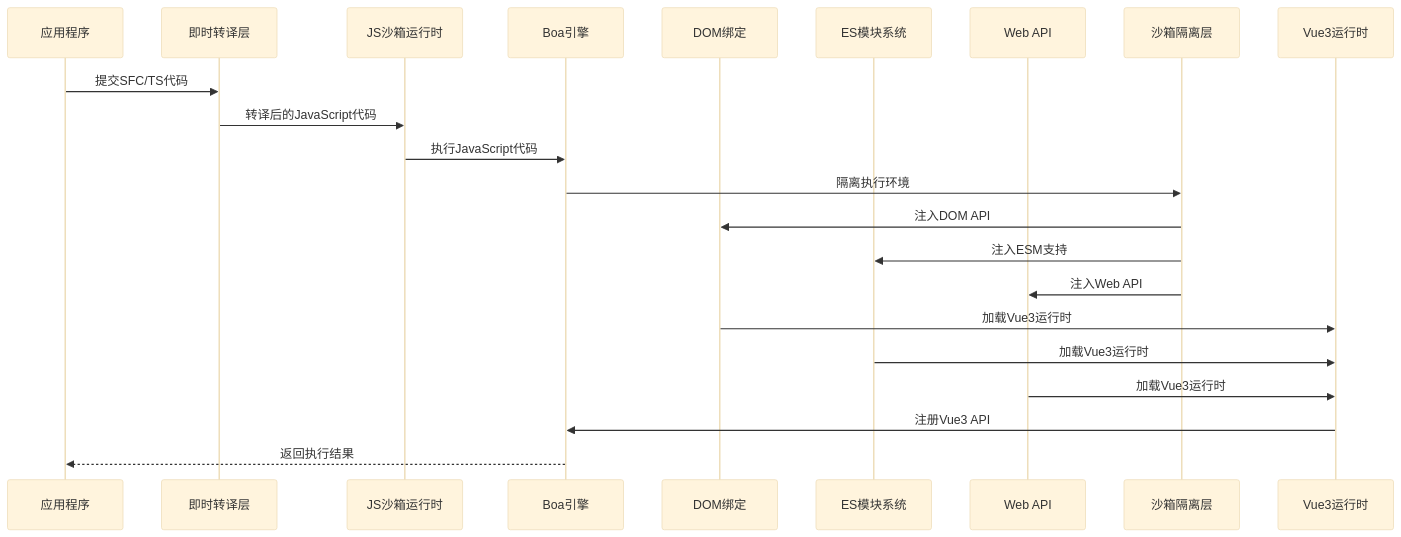
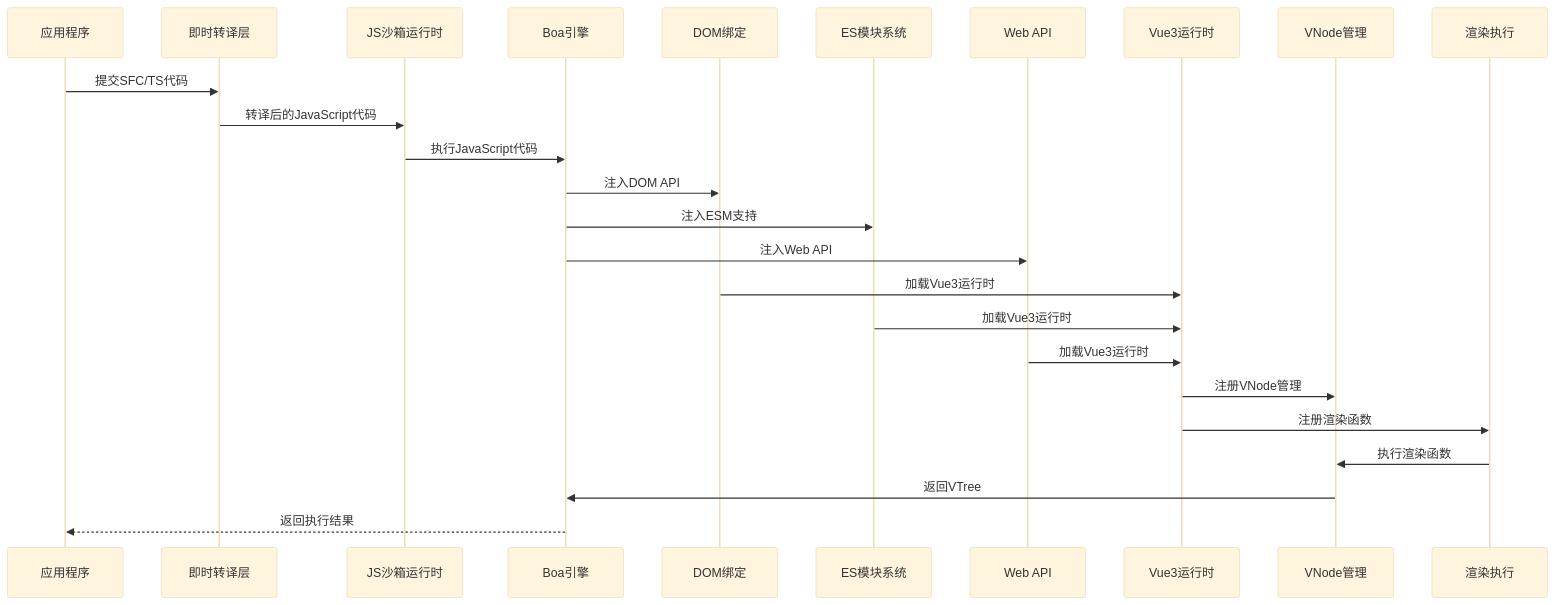
The second of 17 diagrams in .qoder/repowiki/zh/content/技术架构详解/JS沙箱运行时.md (itszzl-sudo/iris), drawn with Mermaid (base theme) before and after one commit. The commit also changed other lines of this file and 8 other files, not shown here.

````diff
--- a/.qoder/repowiki/zh/content/技术架构详解/JS沙箱运行时.md
+++ b/.qoder/repowiki/zh/content/技术架构详解/JS沙箱运行时.md
@@ -185,24 +217,27 @@
 ```mermaid
 sequenceDiagram
 participant App as 应用程序
 participant Transpiler as 即时转译层
 participant Sandbox as JS沙箱运行时
 participant Engine as Boa引擎
 participant DOM as DOM绑定
 participant ESM as ES模块系统
 participant WebAPI as Web API
-participant Isolation as 沙箱隔离层
 participant VueRuntime as Vue3运行时
+participant VNode as VNode管理
+participant Render as 渲染执行
 App->>Transpiler : 提交SFC/TS代码
 Transpiler->>Sandbox : 转译后的JavaScript代码
 Sandbox->>Engine : 执行JavaScript代码
-Engine->>Isolation : 隔离执行环境
-Isolation->>DOM : 注入DOM API
-Isolation->>ESM : 注入ESM支持
-Isolation->>WebAPI : 注入Web API
+Engine->>DOM : 注入DOM API
+Engine->>ESM : 注入ESM支持
+Engine->>WebAPI : 注入Web API
 DOM->>VueRuntime : 加载Vue3运行时
 ESM->>VueRuntime : 加载Vue3运行时
 WebAPI->>VueRuntime : 加载Vue3运行时
-VueRuntime->>Engine : 注册Vue3 API
+VueRuntime->>VNode : 注册VNode管理
+VueRuntime->>Render : 注册渲染函数
+Render->>VNode : 执行渲染函数
+VNode->>Engine : 返回VTree
 Engine-->>App : 返回执行结果
 ```
````
